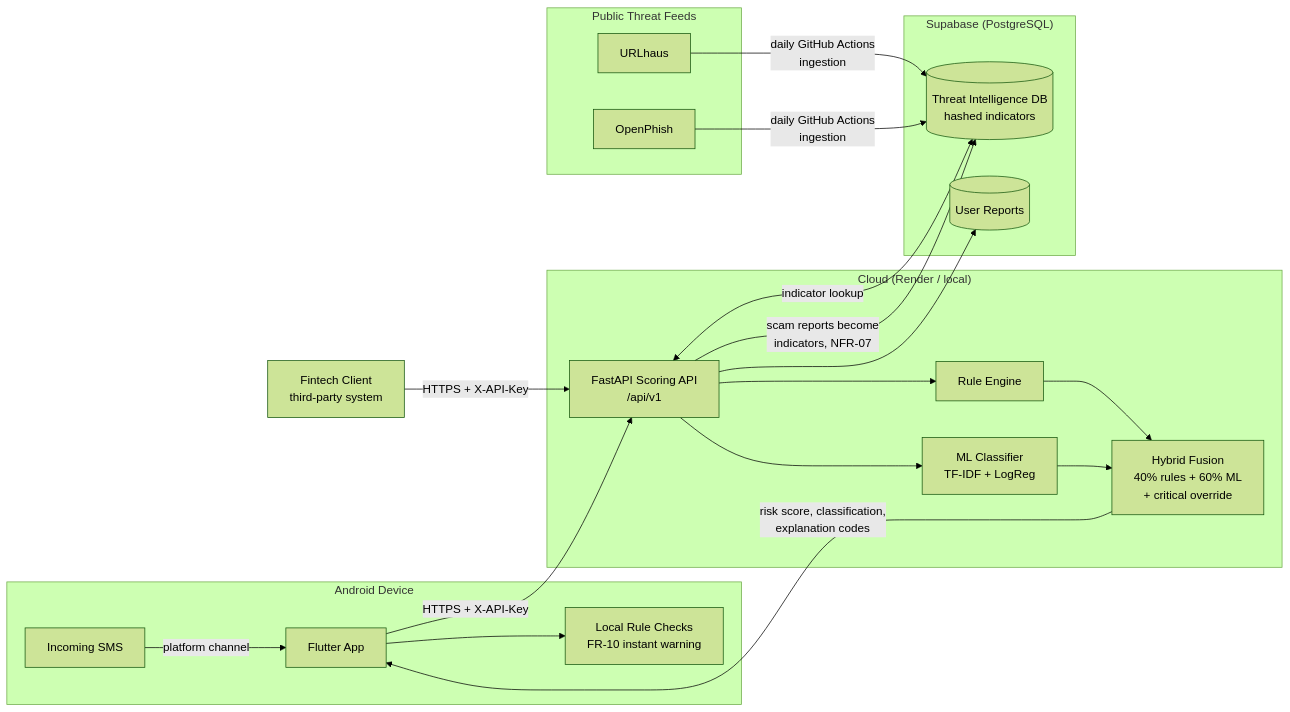
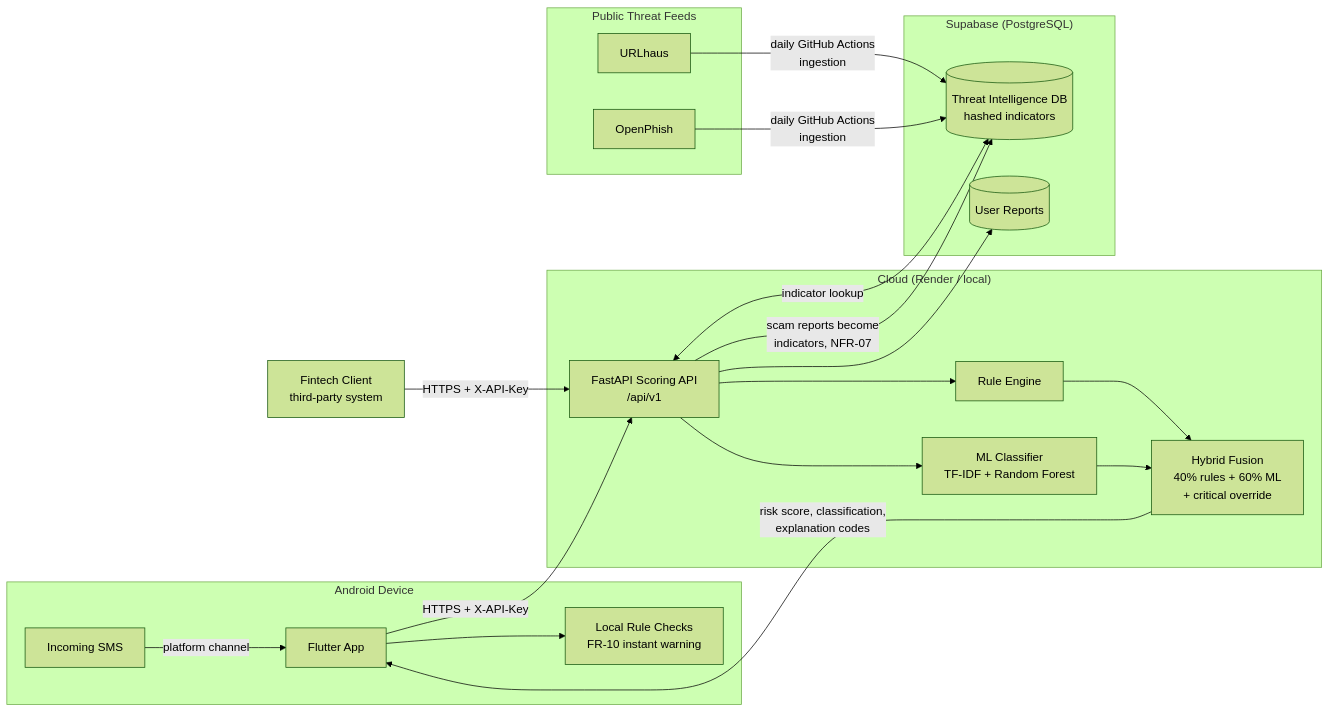
The first of 5 diagrams in docs/ARCHITECTURE.md (SandeMK/scamshield), drawn with Mermaid (forest theme) before and after one commit. The commit also changed 5 other files, not shown here.

First line of the commit message:
docs: correct stale LogReg/F1 0.942 claims; add A4 build brief

````diff
--- a/docs/ARCHITECTURE.md
+++ b/docs/ARCHITECTURE.md
@@ -8,34 +8,34 @@
 ```mermaid
 flowchart LR
     subgraph Device["Android Device"]
         SMS[Incoming SMS] -->|platform channel| APP[Flutter App]
         APP --> LR[Local Rule Checks<br/>FR-10 instant warning]
     end
 
     subgraph Cloud["Cloud (Render / local)"]
         API[FastAPI Scoring API<br/>/api/v1]
         RULES[Rule Engine]
-        ML[ML Classifier<br/>TF-IDF + LogReg]
+        ML[ML Classifier<br/>TF-IDF + Random Forest]
         FUSE[Hybrid Fusion<br/>40% rules + 60% ML<br/>+ critical override]
         API --> RULES --> FUSE
         API --> ML --> FUSE
     end
 
     subgraph Data["Supabase (PostgreSQL)"]
         DB[(Threat Intelligence DB<br/>hashed indicators)]
         REPORTS[(User Reports)]
     end
 
     subgraph Feeds["Public Threat Feeds"]
         UH[URLhaus]
         OP[OpenPhish]
     end
 
     APP -->|HTTPS + X-API-Key| API
     FUSE -->|risk score, classification,<br/>explanation codes| APP
     API <-->|indicator lookup| DB
     API -->|scam reports become<br/>indicators, NFR-07| DB
     API --> REPORTS
     UH & OP -->|daily GitHub Actions<br/>ingestion| DB
     FIN[Fintech Client<br/>third-party system] -->|HTTPS + X-API-Key| API
 ```
````
